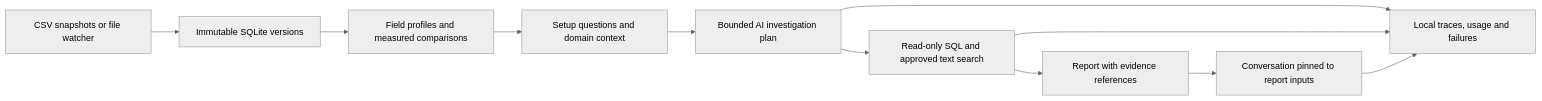
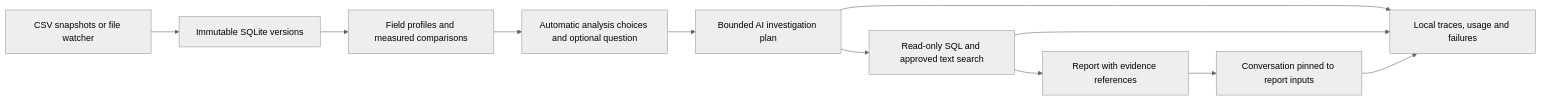
One commit to joshuadominic0598/dataset-ai-analyzer changed the diagram in docs/usage.md. Above: the diagram before and after it, drawn with Mermaid (neutral theme). The commit also changed other lines of this file and 3 other files, not shown here.

Commit message:
Document automatic analysis, uploads, and provider retry controls

````diff
--- a/docs/usage.md
+++ b/docs/usage.md
@@ -133,13 +147,13 @@
 ```mermaid
 flowchart LR
     A[CSV snapshots or file watcher] --> B[Immutable SQLite versions]
     B --> C[Field profiles and measured comparisons]
-    C --> D[Setup questions and domain context]
+    C --> D[Automatic analysis choices and optional question]
     D --> E[Bounded AI investigation plan]
     E --> F[Read-only SQL and approved text search]
     F --> G[Report with evidence references]
     G --> H[Conversation pinned to report inputs]
     E --> I[Local traces, usage and failures]
     F --> I
     H --> I
 ```
````
